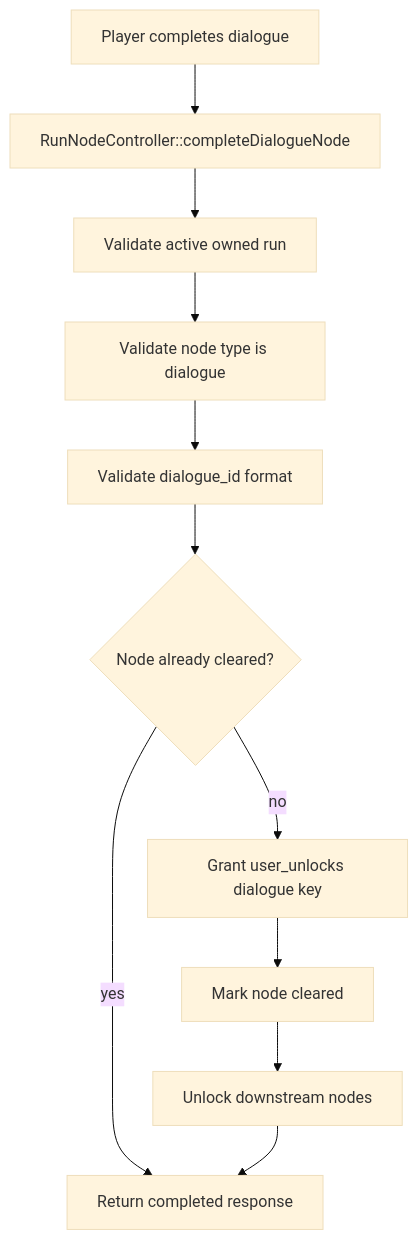
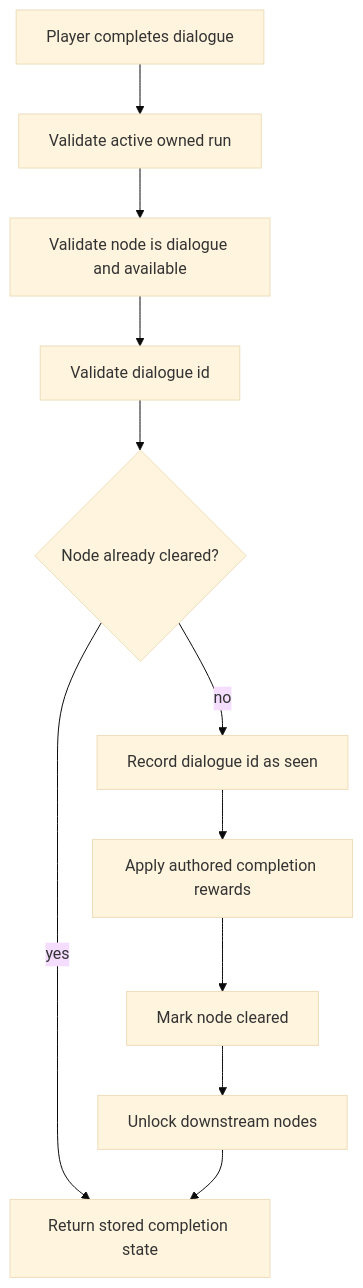
The fourth of 4 diagrams in documentation/02-systems/04-dialogue-flow-determination.md (NickGrant/DiceGoblin), drawn with Mermaid (base theme) before and after one commit. The commit also changed other lines of this file, not shown here.

Commit message:
docs: separate dialogue flow from dialogue content

````diff
--- a/documentation/02-systems/04-dialogue-flow-determination.md
+++ b/documentation/02-systems/04-dialogue-flow-determination.md
@@ -94,13 +124,13 @@
 ```mermaid
 flowchart TD
-  A[Player completes dialogue] --> B[RunNodeController::completeDialogueNode]
-  B --> C[Validate active owned run]
-  C --> D[Validate node type is dialogue]
-  D --> E[Validate dialogue_id format]
-  E --> F{Node already cleared?}
-  F -- yes --> G[Return completed response]
-  F -- no --> H[Grant user_unlocks dialogue key]
+  A[Player completes dialogue] --> B[Validate active owned run]
+  B --> C[Validate node is dialogue and available]
+  C --> D[Validate dialogue id]
+  D --> E{Node already cleared?}
+  E -- yes --> F[Return stored completion state]
+  E -- no --> G[Record dialogue id as seen]
+  G --> H[Apply authored completion rewards]
   H --> I[Mark node cleared]
   I --> J[Unlock downstream nodes]
-  J --> G
+  J --> F
 ```
````
